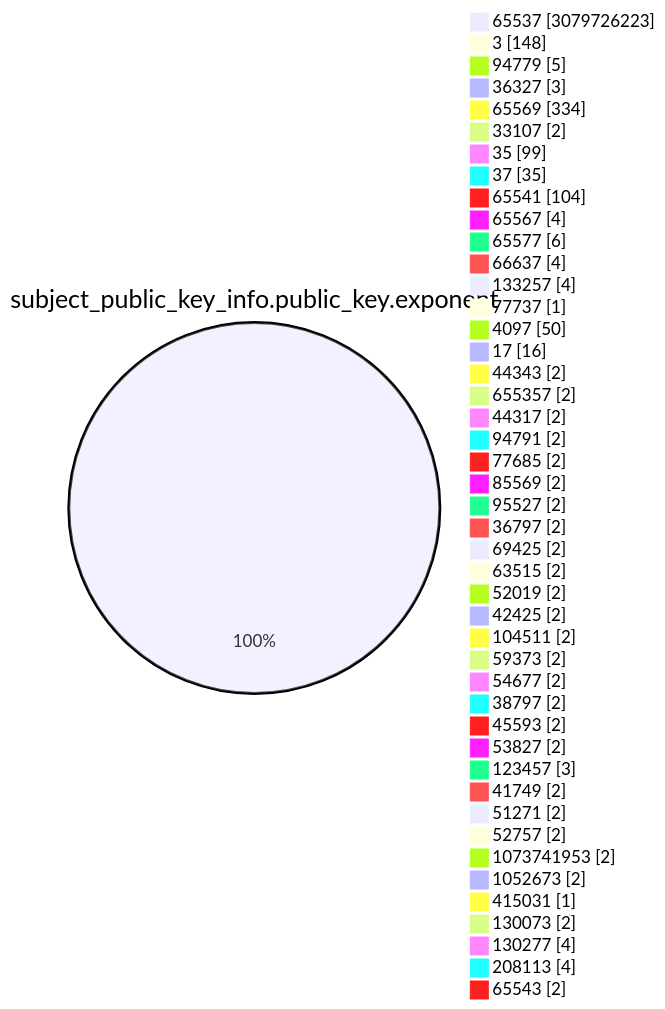
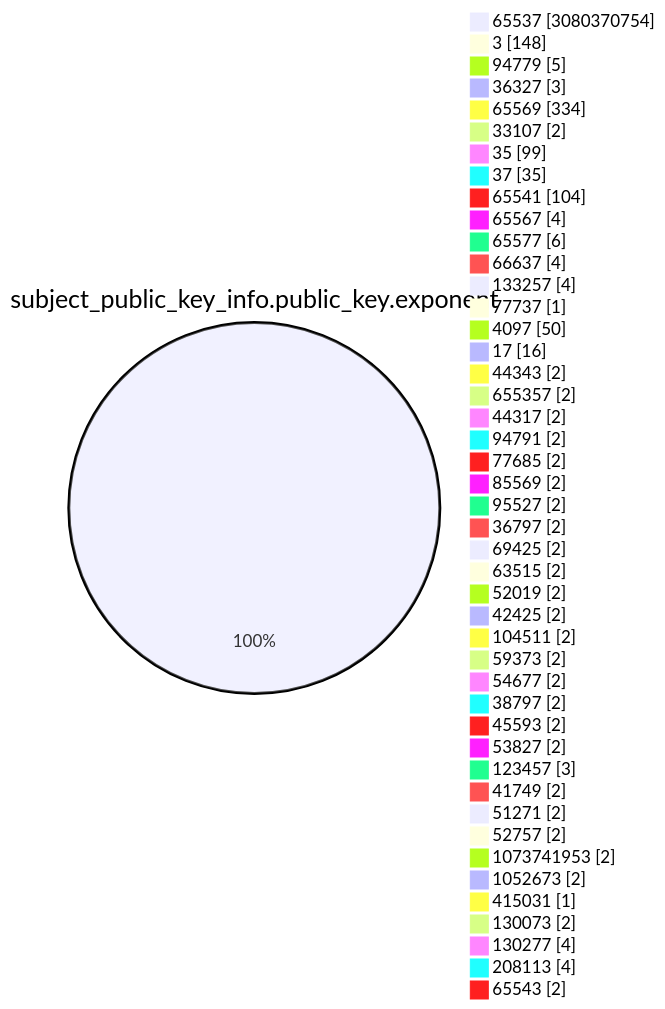
The fourth of 15 diagrams in TOTAL/README.md (christiankrug/ctmonitor_visualization), drawn with Mermaid before and after one commit. The commit also changed other lines of this file, not shown here.

````diff
--- a/TOTAL/README.md
+++ b/TOTAL/README.md
@@ -1473,49 +1473,49 @@
 ```mermaid
 pie showData
 title subject_public_key_info.public_key.exponent
-"65537" :3079726223
+"65537" :3080370754
 "3" :148
 "94779" :5
 "36327" :3
 "65569" :334
 "33107" :2
 "35" :99
 "37" :35
 "65541" :104
 "65567" :4
 "65577" :6
 "66637" :4
 "133257" :4
 "77737" :1
 "4097" :50
 "17" :16
 "44343" :2
 "655357" :2
 "44317" :2
 "94791" :2
 "77685" :2
 "85569" :2
 "95527" :2
 "36797" :2
 "69425" :2
 "63515" :2
 "52019" :2
 "42425" :2
 "104511" :2
 "59373" :2
 "54677" :2
 "38797" :2
 "45593" :2
 "53827" :2
 "123457" :3
 "41749" :2
 "51271" :2
 "52757" :2
 "1073741953" :2
 "1052673" :2
 "415031" :1
 "130073" :2
 "130277" :4
 "208113" :4
 "65543" :2
 ```
````
